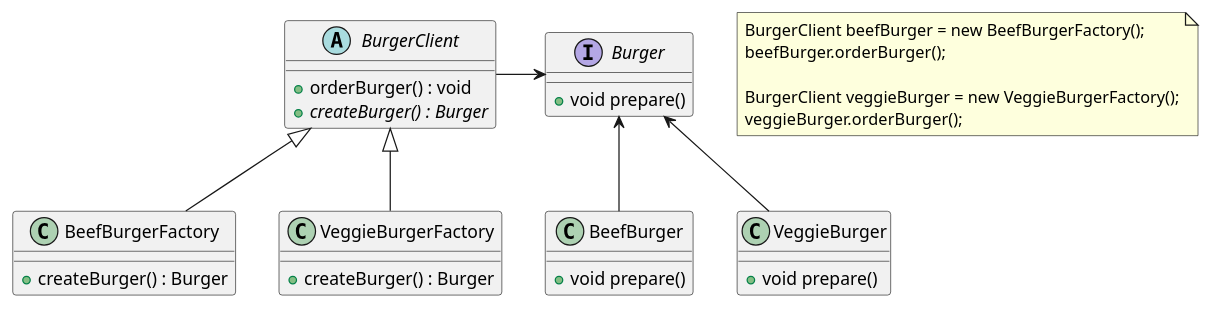
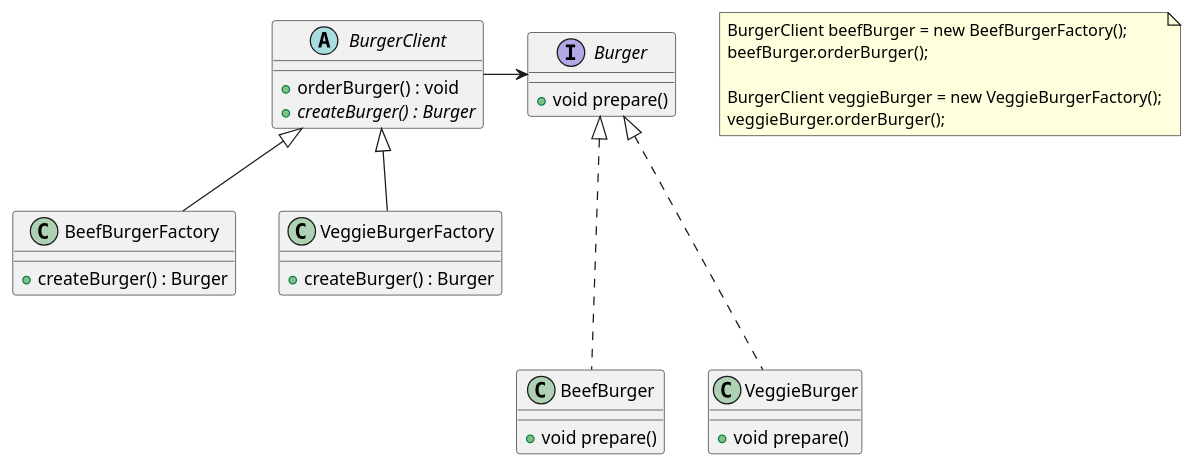
One commit to bradburp/guidos changed the diagram in src/main/resources/uml/restaurant/OrderBuger.puml. Above: the diagram before and after it, drawn with PlantUML. The commit also changed 1 other file, not shown here.

```diff
--- a/src/main/resources/uml/restaurant/OrderBuger.puml
+++ b/src/main/resources/uml/restaurant/OrderBuger.puml
@@ -1,39 +1,39 @@
 @startuml
 note as Description
         BurgerClient beefBurger = new BeefBurgerFactory();
         beefBurger.orderBurger();
 
         BurgerClient veggieBurger = new VeggieBurgerFactory();
         veggieBurger.orderBurger();
 end note
 
 abstract BurgerClient {
     +orderBurger() : void
     +{abstract} createBurger() : Burger
 }
 
 BurgerClient <|-- BeefBurgerFactory
 class BeefBurgerFactory {
     +createBurger() : Burger
 }
 
 BurgerClient <|-- VeggieBurgerFactory
 class VeggieBurgerFactory {
     +createBurger() : Burger
 }
 
-BurgerClient -right-> Burger
+BurgerClient -> Burger
 interface Burger {
     +void prepare()
 }
 
-BeefBurger -up-> Burger
+Burger <|... BeefBurger
 class BeefBurger {
     +void prepare()
 }
 
-VeggieBurger -up-> Burger
+Burger <|... VeggieBurger
 class VeggieBurger {
     +void prepare()
 }
 @enduml
```
